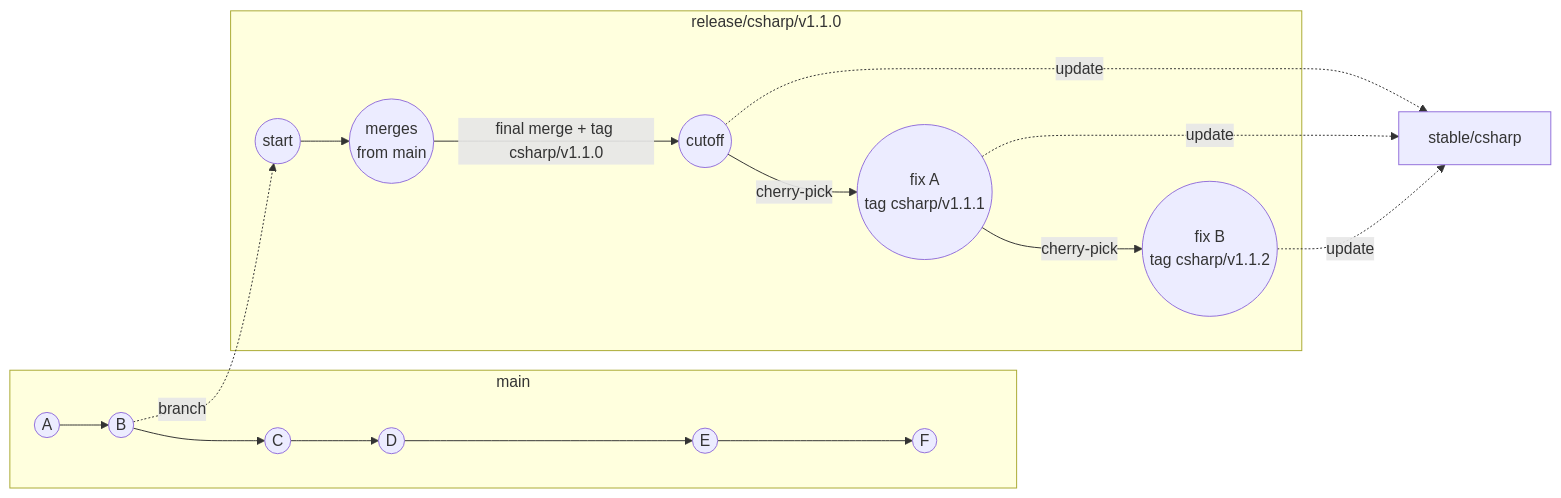
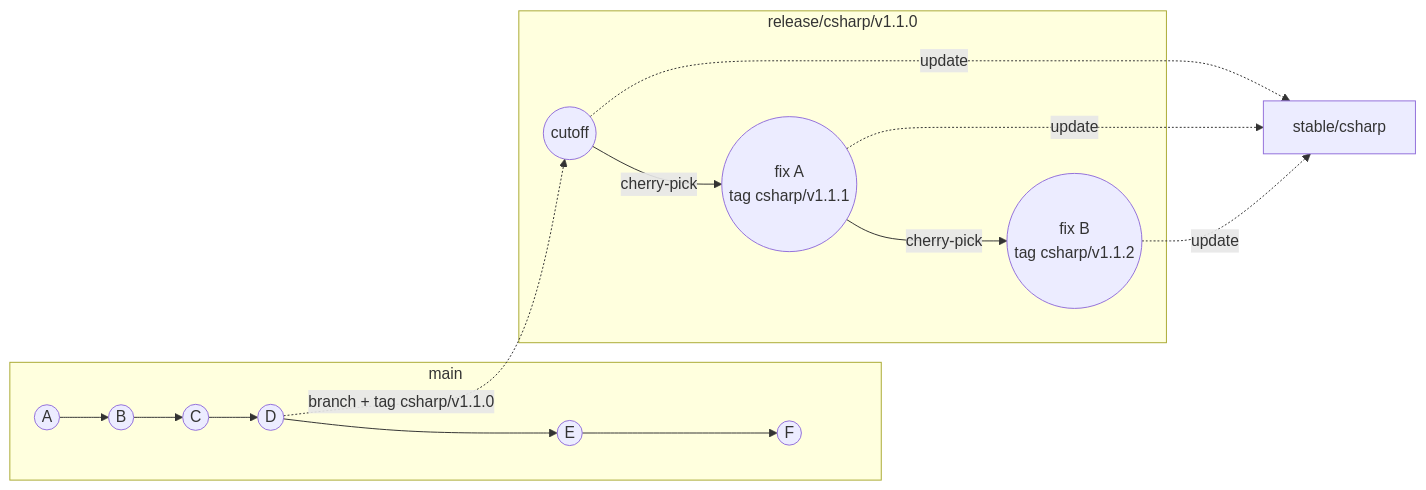
One commit to adbc-drivers/databricks changed the diagram in csharp/RELEASE_PROCESS.md. Above: the diagram before and after it, drawn with Mermaid. The commit also changed other lines of this file, not shown here.

Commit message:
docs(csharp): simplify lifecycle - branch at release time, drop pre-cutoff phase

````diff
--- a/csharp/RELEASE_PROCESS.md
+++ b/csharp/RELEASE_PROCESS.md
@@ -52,16 +52,14 @@
 ```mermaid
 flowchart LR
     subgraph main
         A((A)) --> B((B)) --> C((C)) --> D((D)) --> E((E)) --> F((F))
     end
     subgraph release/csharp/v1.1.0
-        B -.->|branch| R1((start))
-        R1 --> R2((merges\nfrom main))
-        R2 -->|final merge + tag csharp/v1.1.0| R3((cutoff))
-        R3 -->|cherry-pick| R4((fix A\ntag csharp/v1.1.1))
-        R4 -->|cherry-pick| R5((fix B\ntag csharp/v1.1.2))
+        D -.->|branch + tag csharp/v1.1.0| R1((cutoff))
+        R1 -->|cherry-pick| R2((fix A\ntag csharp/v1.1.1))
+        R2 -->|cherry-pick| R3((fix B\ntag csharp/v1.1.2))
     end
-    R3 -.->|update| STABLE[stable/csharp]
-    R4 -.->|update| STABLE
-    R5 -.->|update| STABLE
+    R1 -.->|update| STABLE[stable/csharp]
+    R2 -.->|update| STABLE
+    R3 -.->|update| STABLE
 ```
````
